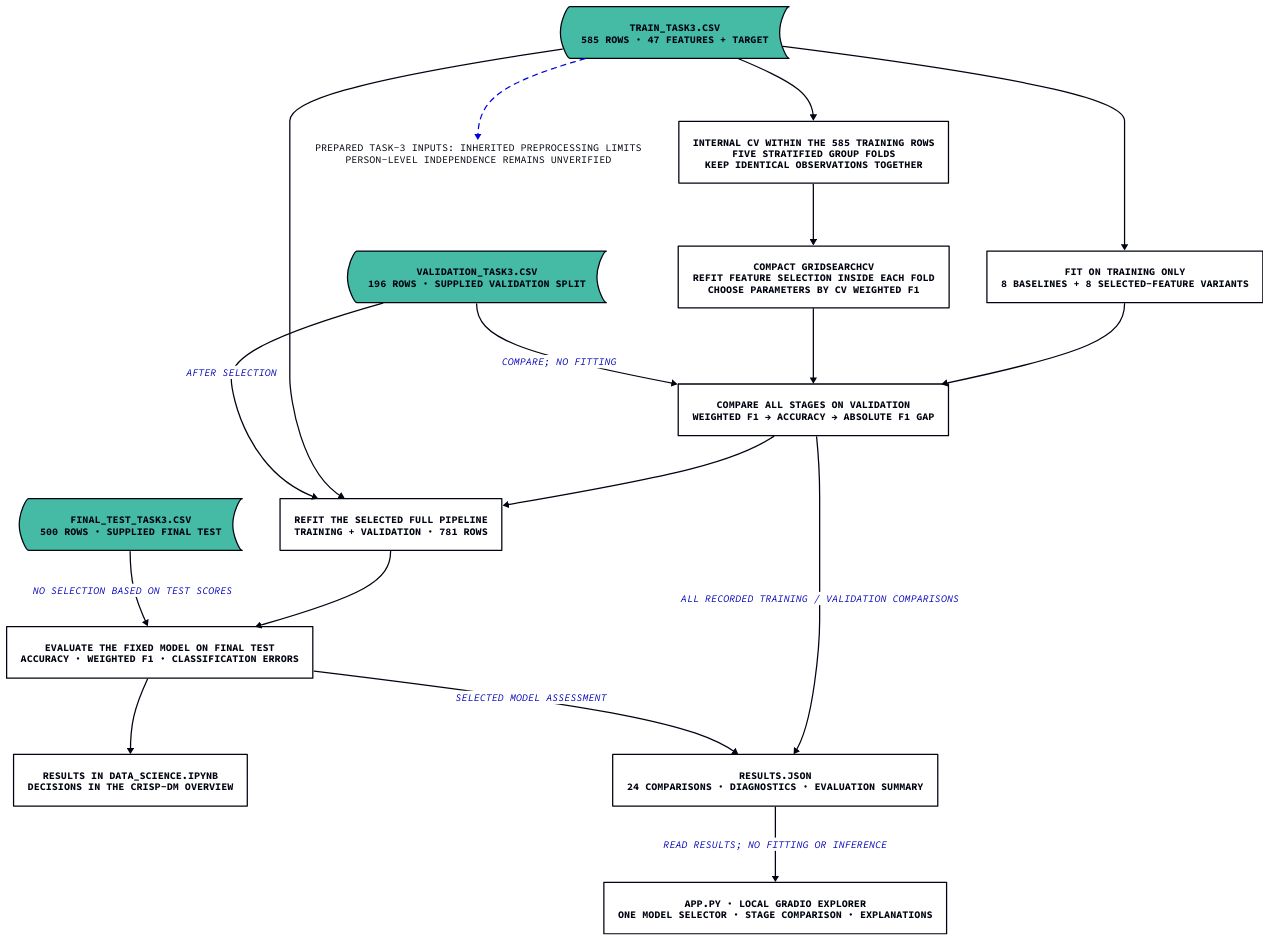
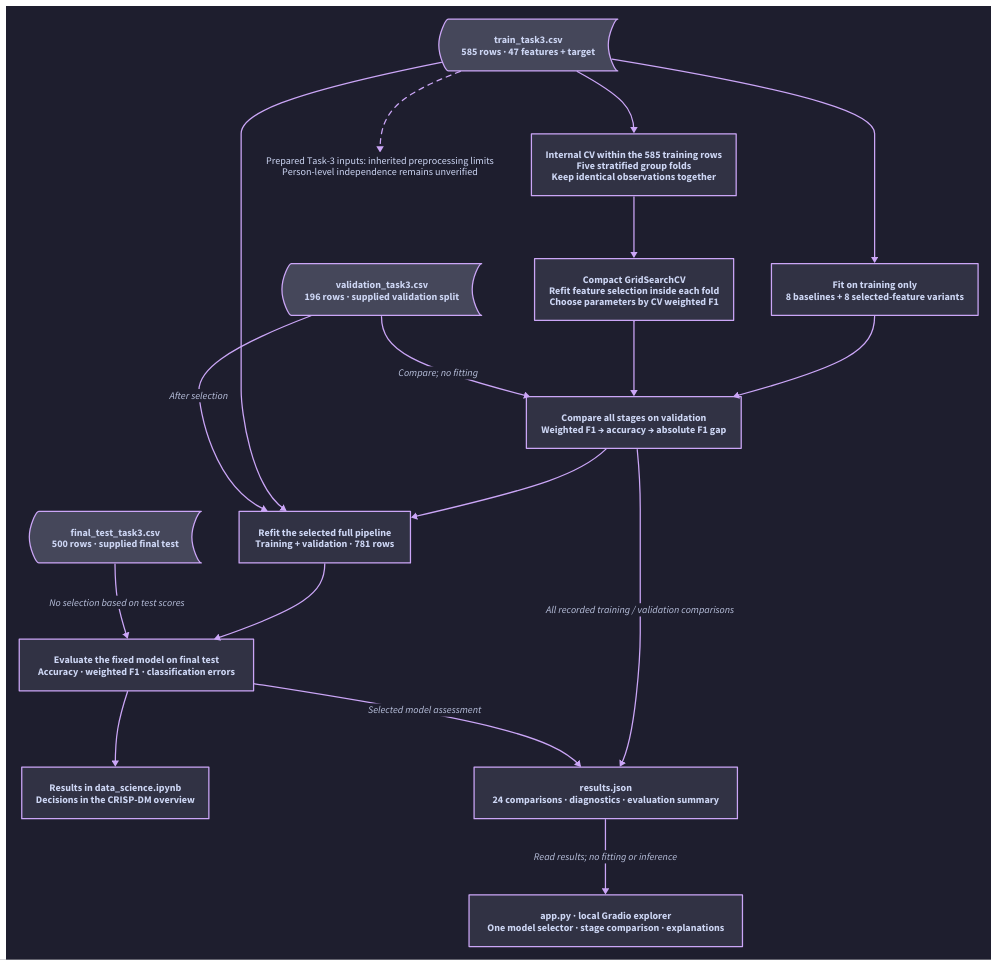
Before and after one commit to crnly/data-science-module-s4: the diagram in docs/architecture.d2, drawn with D2. The commit also changed 3 other files, not shown here.

Commit message:
Use Dark Mauve theme for D2 diagrams

```diff
--- a/docs/architecture.d2
+++ b/docs/architecture.d2
@@ -1,30 +1,30 @@
-vars: {d2-config: {layout-engine: dagre; theme-id: 300}}
+vars: {d2-config: {layout-engine: dagre; theme-id: 200}}
 direction: down
 train: "train_task3.csv\n585 rows · 47 features + target" {shape: stored_data}
 validation: "validation_task3.csv\n196 rows · supplied validation split" {shape: stored_data}
 test: "final_test_task3.csv\n500 rows · supplied final test" {shape: stored_data}
 experiments: "Fit on training only\n8 baselines + 8 selected-feature variants"
 folds: "Internal CV within the 585 training rows\nFive stratified group folds\nKeep identical observations together"
 tuning: "Compact GridSearchCV\nRefit feature selection inside each fold\nChoose parameters by CV weighted F1"
 choose: "Compare all stages on validation\nWeighted F1 → accuracy → absolute F1 gap"
 refit: "Refit the selected full pipeline\nTraining + validation · 781 rows"
 evaluation: "Evaluate the fixed model on final test\nAccuracy · weighted F1 · classification errors"
 results: "Results in data_science.ipynb\nDecisions in the CRISP-DM overview"
 artifact: "results.json\n24 comparisons · diagnostics · evaluation summary"
 app: "app.py · local Gradio explorer\nOne model selector · stage comparison · explanations"
 train -> experiments
 train -> folds -> tuning
 experiments -> choose
 tuning -> choose
 validation -> choose: "Compare; no fitting"
 choose -> refit
 train -> refit
 validation -> refit: "After selection"
 refit -> evaluation
 test -> evaluation: "No selection based on test scores"
 evaluation -> results
 choose -> artifact: "All recorded training / validation comparisons"
 evaluation -> artifact: "Selected model assessment"
 artifact -> app: "Read results; no fitting or inference"
 note: "Prepared Task-3 inputs: inherited preprocessing limits\nPerson-level independence remains unverified" {shape: text}
 train -> note {style.stroke-dash: 4}
```
